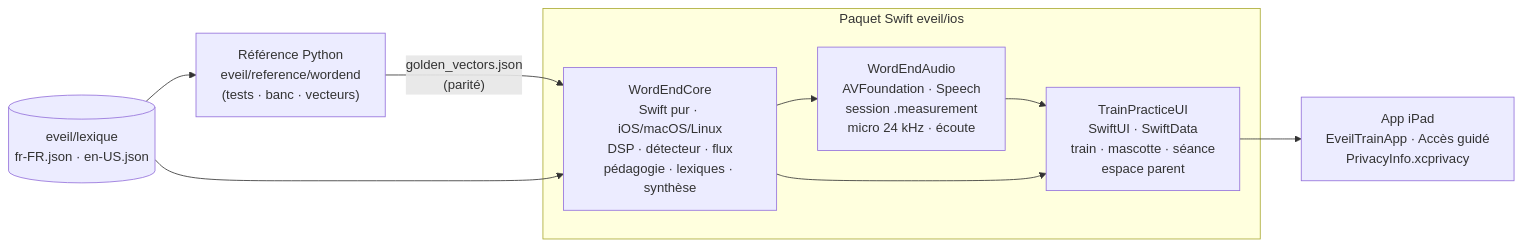
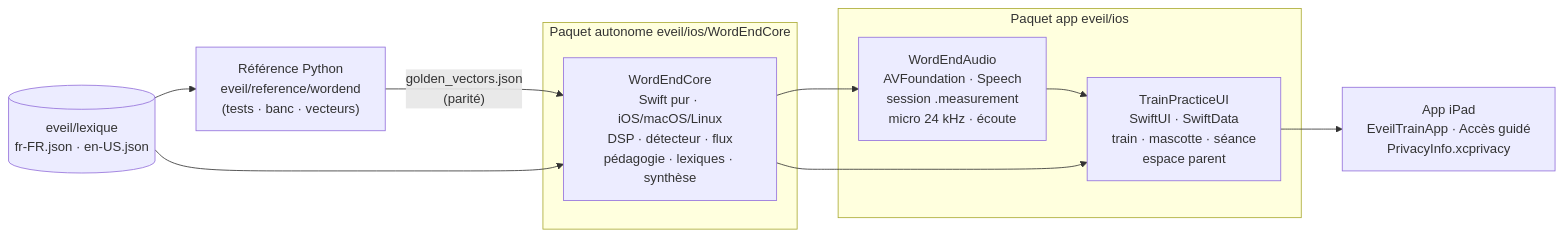
One commit to klodynlov/klodynlov changed the second of 5 diagrams in docs/EVEIL.md. Above: the diagram before and after it, drawn with Mermaid. The commit also changed other lines of this file and 20 other files, not shown here.

First line of the commit message:
fix(eveil/ios): cœur WordEndCore en paquet autonome + correctifs de relecture

````diff
--- a/docs/EVEIL.md
+++ b/docs/EVEIL.md
@@ -225,16 +225,18 @@
 ```mermaid
 flowchart LR
-    subgraph Paquet["Paquet Swift eveil/ios"]
+    subgraph Coeur["Paquet autonome eveil/ios/WordEndCore"]
         CORE["WordEndCore<br/>Swift pur · iOS/macOS/Linux<br/>DSP · détecteur · flux<br/>pédagogie · lexiques · synthèse"]
+    end
+    subgraph Paquet["Paquet app eveil/ios"]
         AUDIO["WordEndAudio<br/>AVFoundation · Speech<br/>session .measurement<br/>micro 24 kHz · écoute"]
         UI["TrainPracticeUI<br/>SwiftUI · SwiftData<br/>train · mascotte · séance<br/>espace parent"]
     end
     APP["App iPad<br/>EveilTrainApp · Accès guidé<br/>PrivacyInfo.xcprivacy"]
     REF["Référence Python<br/>eveil/reference/wordend<br/>(tests · banc · vecteurs)"]
     LEX[("eveil/lexique<br/>fr-FR.json · en-US.json")]
     REF -- "golden_vectors.json<br/>(parité)" --> CORE
     LEX --> CORE
     LEX --> REF
     CORE --> AUDIO --> UI --> APP
     CORE --> UI
 ```
````
